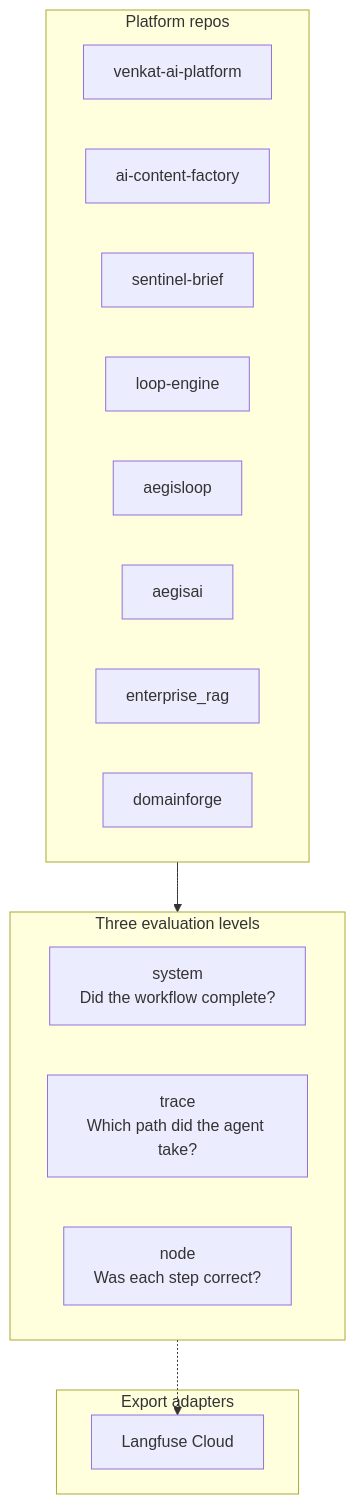
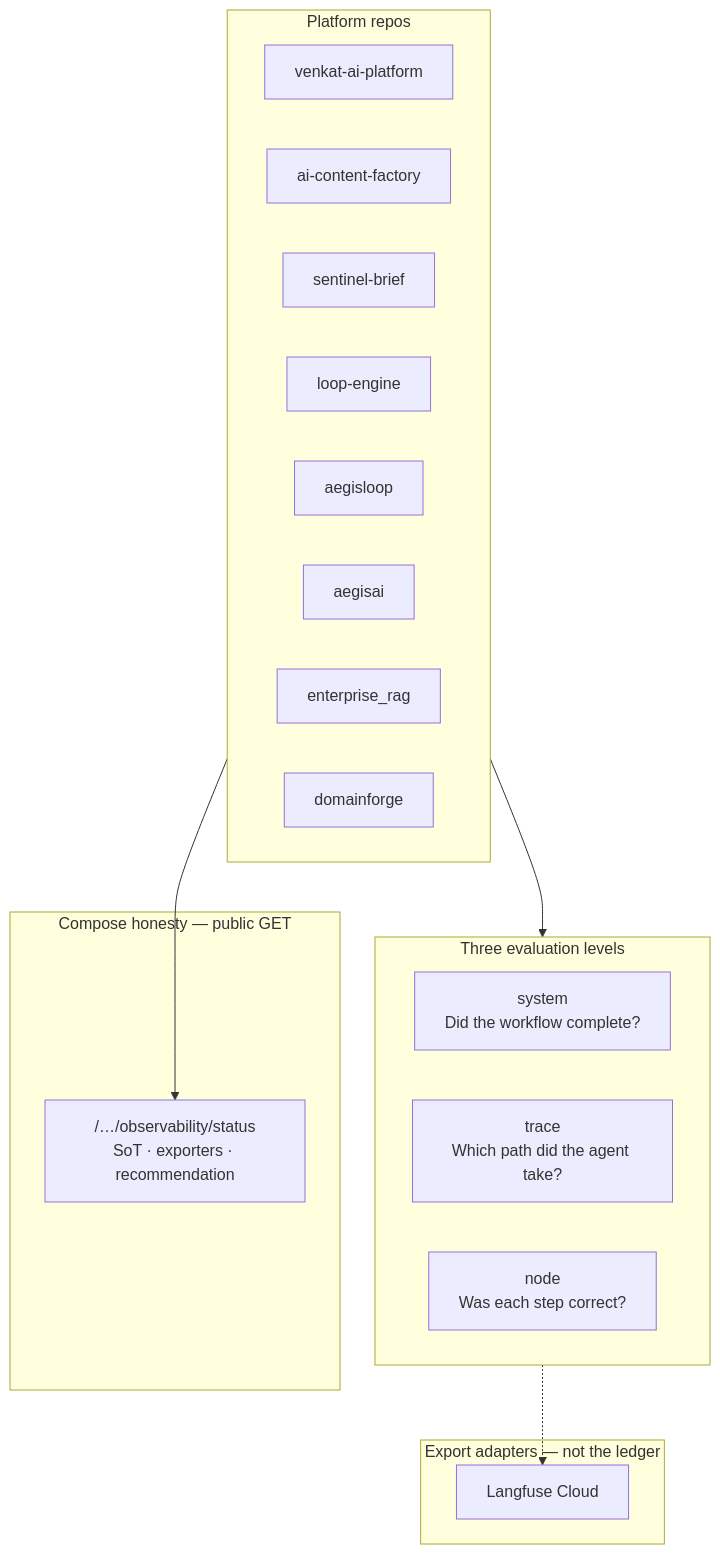
One commit to vpeetla-ai/ai-architecture-portfolio changed the second of 2 diagrams in README.md. Above: the diagram before and after it, drawn with Mermaid. The commit also changed other lines of this file and 4 other files, not shown here.

First line of the commit message:
Document compose honesty in human voice across hub docs (#36)

````diff
--- a/README.md
+++ b/README.md
@@ -121,23 +123,27 @@
 ```mermaid
 flowchart TB
     subgraph Levels["Three evaluation levels"]
         SYS["system<br/>Did the workflow complete?"]
         TR["trace<br/>Which path did the agent take?"]
         ND["node<br/>Was each step correct?"]
     end
     subgraph Platforms["Platform repos"]
         VAP["venkat-ai-platform"]
         ACF["ai-content-factory"]
         SB["sentinel-brief"]
         LF["loop-engine"]
         AL["aegisloop"]
         AEG["aegisai"]
         ER["enterprise_rag"]
         DF["domainforge"]
     end
-    subgraph Export["Export adapters"]
+    subgraph Honesty["Compose honesty — public GET"]
+        ST["/…/observability/status<br/>SoT · exporters · recommendation"]
+    end
+    subgraph Export["Export adapters — not the ledger"]
         LANG["Langfuse Cloud"]
     end
     Platforms --> Levels
+    Platforms --> ST
     Levels -.-> LANG
 ```
````
